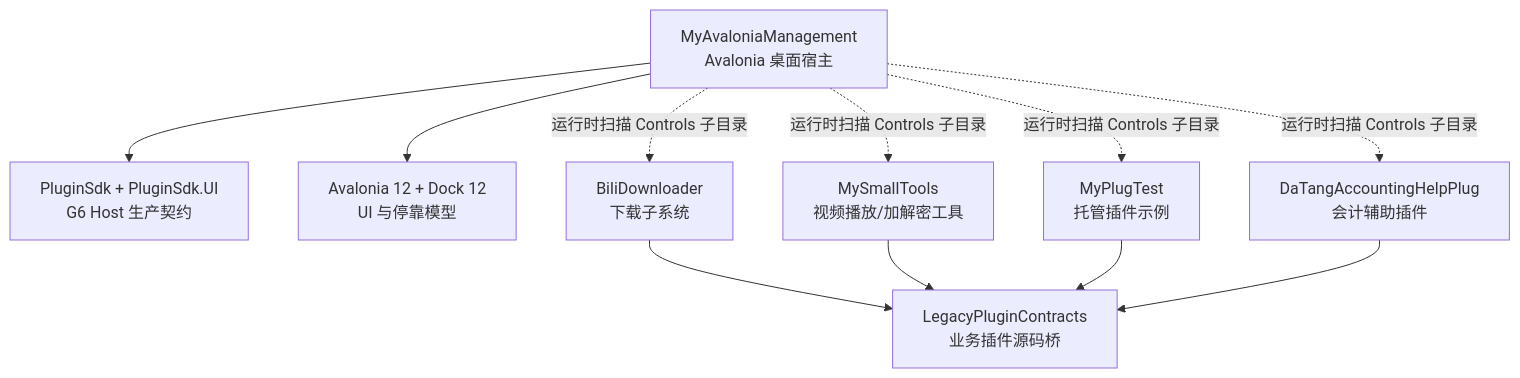
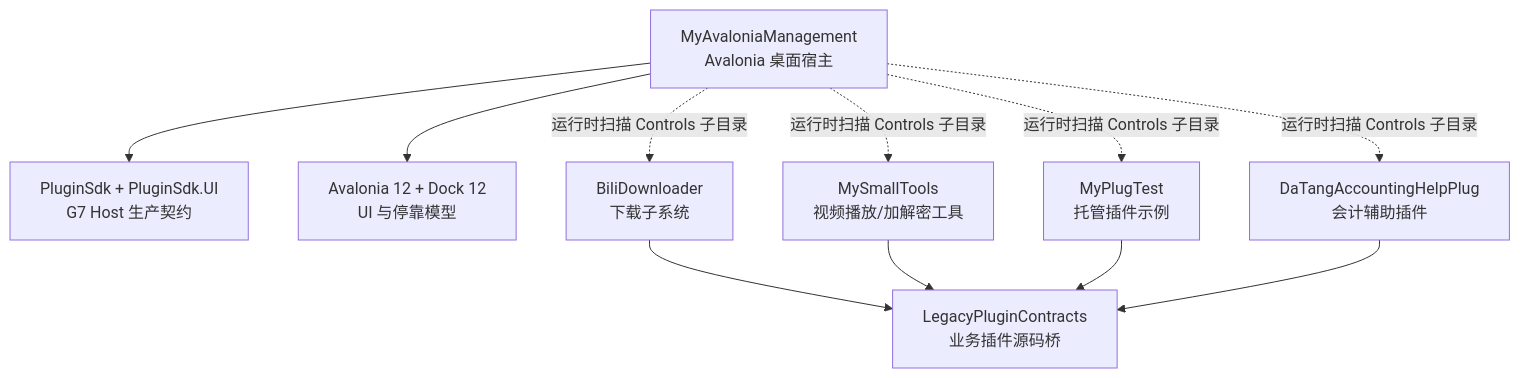
One commit to crownclowngx/avalonia_dock_simple_test changed the first of 5 diagrams in docs/design/host-plugin-architecture-review.md. Above: the diagram before and after it, drawn with Mermaid. The commit also changed other lines of this file and 80 other files, not shown here.

````diff
--- a/docs/design/host-plugin-architecture-review.md
+++ b/docs/design/host-plugin-architecture-review.md
@@ -33,24 +33,24 @@
 ```mermaid
 flowchart TB
     Host["MyAvaloniaManagement<br/>Avalonia 桌面宿主"]
-    Sdk["PluginSdk + PluginSdk.UI<br/>G6 Host 生产契约"]
+    Sdk["PluginSdk + PluginSdk.UI<br/>G7 Host 生产契约"]
     Legacy["LegacyPluginContracts<br/>业务插件源码桥"]
     Dock["Avalonia 12 + Dock 12<br/>UI 与停靠模型"]
 
     Bili["BiliDownloader<br/>下载子系统"]
     Small["MySmallTools<br/>视频播放/加解密工具"]
     TestPlug["MyPlugTest<br/>托管插件示例"]
     DaTang["DaTangAccountingHelpPlug<br/>会计辅助插件"]
 
     Host --> Sdk
     Host --> Dock
     Bili --> Legacy
     Small --> Legacy
     TestPlug --> Legacy
     DaTang --> Legacy
 
     Host -. "运行时扫描 Controls 子目录" .-> Bili
     Host -. "运行时扫描 Controls 子目录" .-> Small
     Host -. "运行时扫描 Controls 子目录" .-> TestPlug
     Host -. "运行时扫描 Controls 子目录" .-> DaTang
 ```
````
